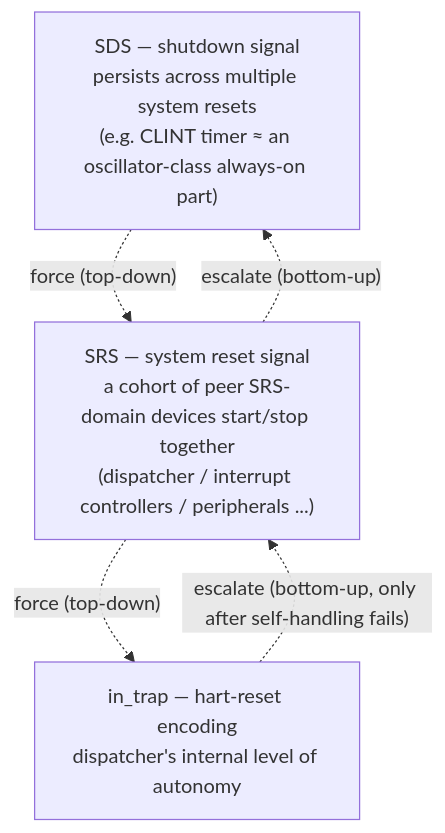
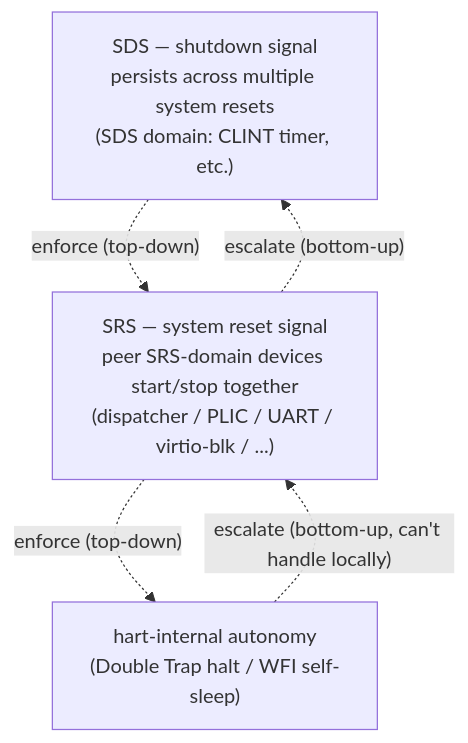
One commit to LiuJiLan/riscv-jit-emulator changed the first of 2 diagrams in README.en.md. Above: the diagram before and after it, drawn with Mermaid. The commit also changed other lines of this file and 2 other files, not shown here.

````diff
--- a/README.en.md
+++ b/README.en.md
@@ -32,10 +28,10 @@
 ```mermaid
 graph TB
-    SDS["SDS — shutdown signal<br/>persists across multiple system resets<br/>(e.g. CLINT timer ≈ an oscillator-class always-on part)"]
-    SRS["SRS — system reset signal<br/>a cohort of peer SRS-domain devices start/stop together<br/>(dispatcher / interrupt controllers / peripherals ...)"]
-    HR["in_trap — hart-reset encoding<br/>dispatcher's internal level of autonomy"]
-    SDS -. "force (top-down)" .-> SRS
-    SRS -. "force (top-down)" .-> HR
-    HR -. "escalate (bottom-up, only after self-handling fails)" .-> SRS
+    SDS["SDS — shutdown signal<br/>persists across multiple system resets<br/>(SDS domain: CLINT timer, etc.)"]
+    SRS["SRS — system reset signal<br/>peer SRS-domain devices start/stop together<br/>(dispatcher / PLIC / UART / virtio-blk / ...)"]
+    HR["hart-internal autonomy<br/>(Double Trap halt / WFI self-sleep)"]
+    SDS -. "enforce (top-down)" .-> SRS
+    SRS -. "enforce (top-down)" .-> HR
+    HR -. "escalate (bottom-up, can't handle locally)" .-> SRS
     SRS -. "escalate (bottom-up)" .-> SDS
 ```
````
